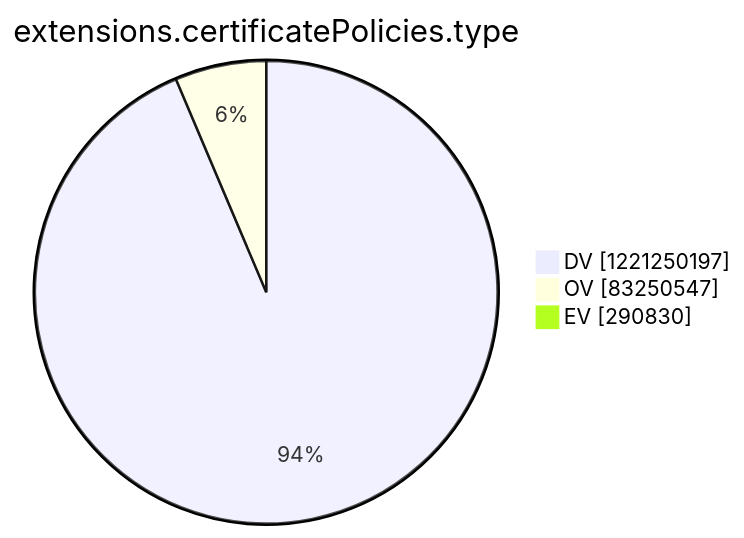
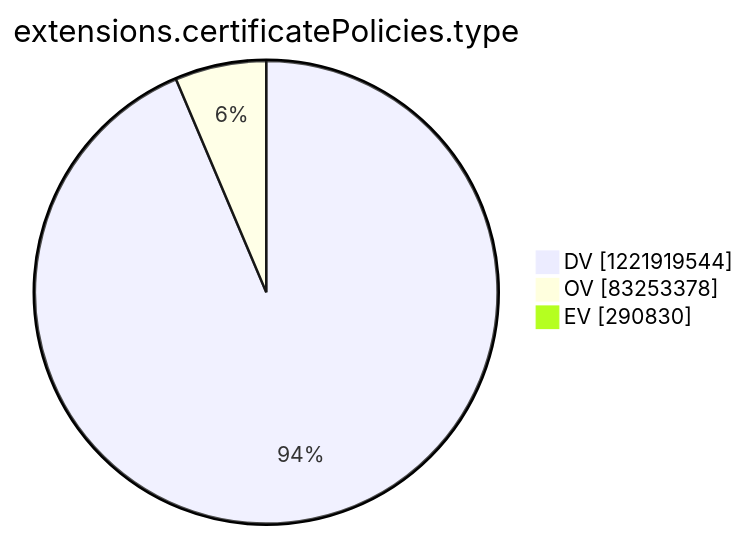
Before and after one commit to christiankrug/ctmonitor_visualization: the tenth of 15 diagrams in argon2022/README.md, drawn with Mermaid. The commit also changed other lines of this file, not shown here.

````diff
--- a/argon2022/README.md
+++ b/argon2022/README.md
@@ -2769,7 +2769,7 @@
 ```mermaid
 pie showData
 title extensions.certificatePolicies.type
-"DV" :1221250197
-"OV" :83250547
+"DV" :1221919544
+"OV" :83253378
 "EV" :290830
 ```
````
